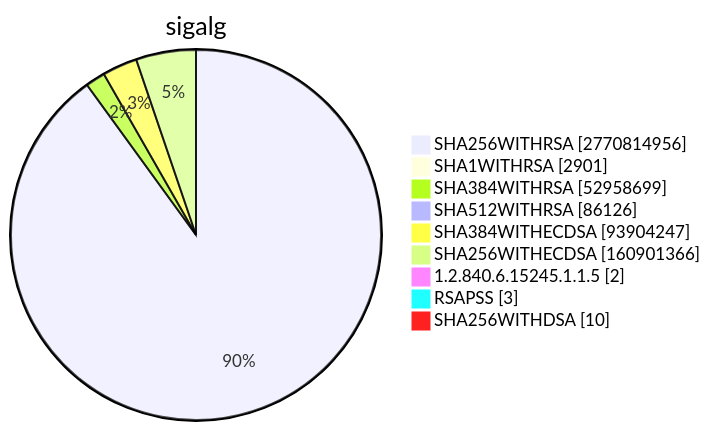
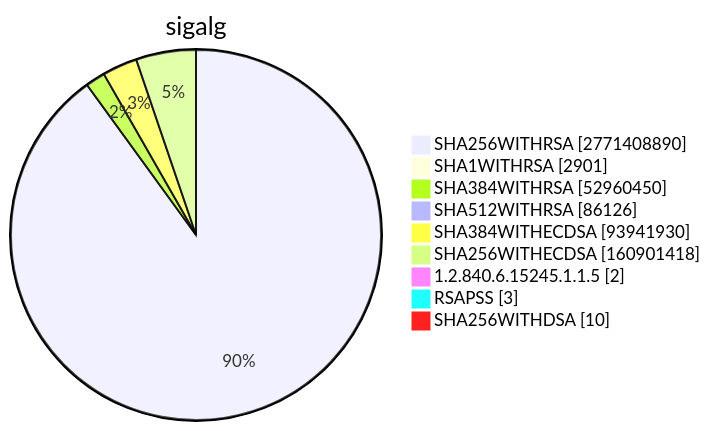
Diagram 15 of 15 in TOTAL/README.md (christiankrug/ctmonitor_visualization), drawn with Mermaid before and after one commit. The commit also changed other lines of this file, not shown here.

````diff
--- a/TOTAL/README.md
+++ b/TOTAL/README.md
@@ -6207,13 +6207,13 @@
 ```mermaid
 pie showData
 title sigalg
-"SHA256WITHRSA" :2770814956
+"SHA256WITHRSA" :2771408890
 "SHA1WITHRSA" :2901
-"SHA384WITHRSA" :52958699
+"SHA384WITHRSA" :52960450
 "SHA512WITHRSA" :86126
-"SHA384WITHECDSA" :93904247
-"SHA256WITHECDSA" :160901366
+"SHA384WITHECDSA" :93941930
+"SHA256WITHECDSA" :160901418
 "1.2.840.6.15245.1.1.5" :2
 "RSAPSS" :3
 "SHA256WITHDSA" :10
 ```
````
